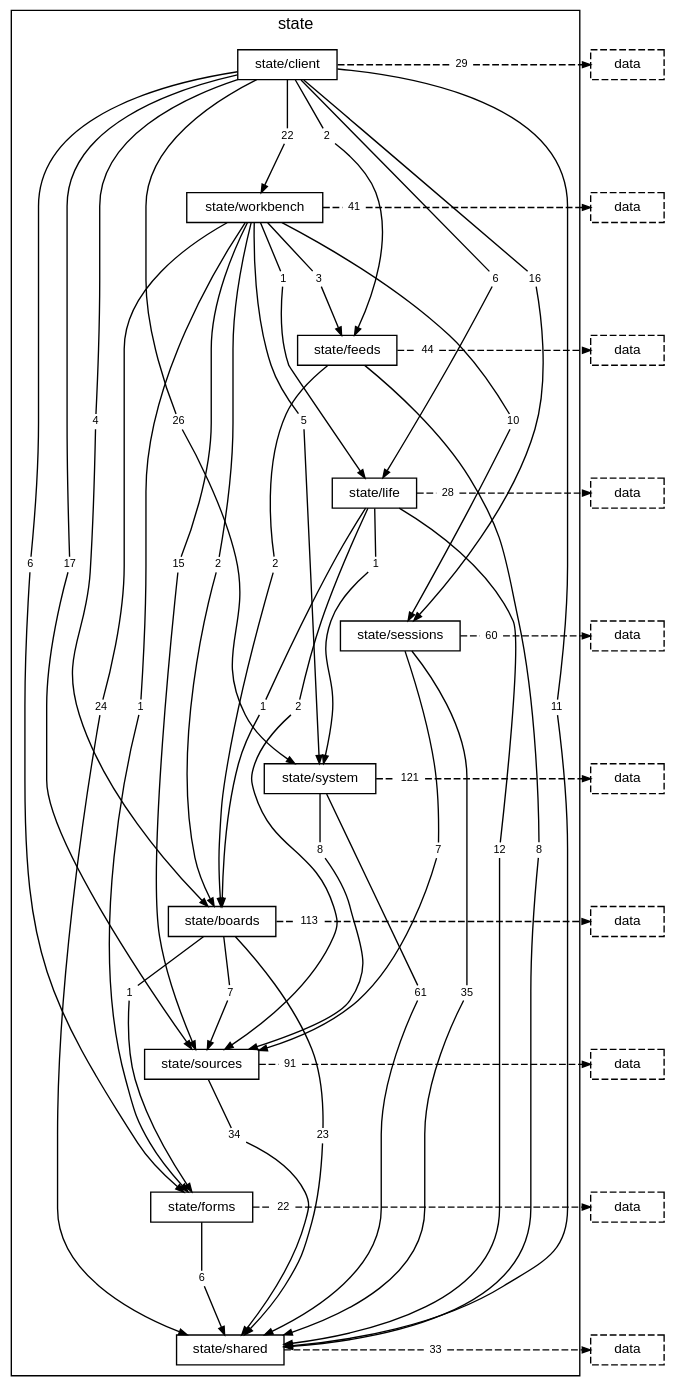
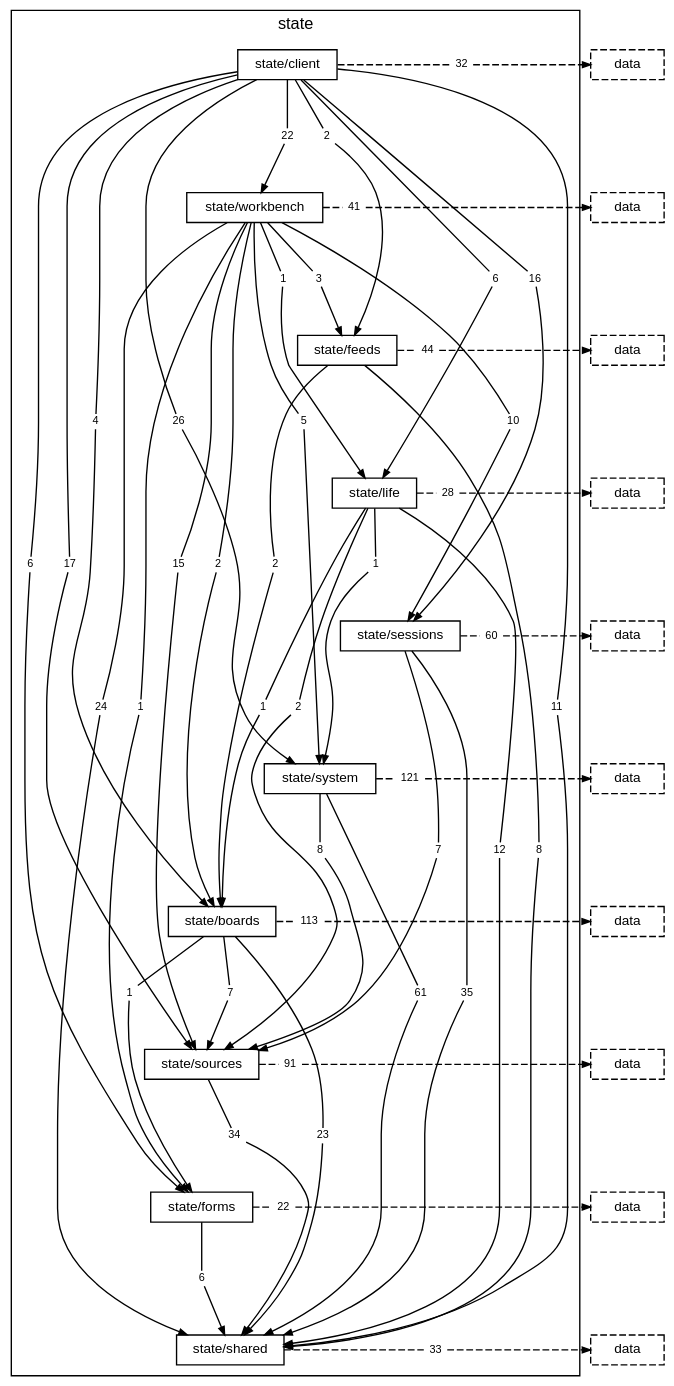
Before and after one commit to TheAxeC/oculus: the diagram in docs/diagrams/layer-state.dot, drawn with Graphviz. The commit also changed 72 other files, not shown here.

```diff
--- a/docs/diagrams/layer-state.dot
+++ b/docs/diagrams/layer-state.dot
@@ -23,7 +23,7 @@
         "folder state/client to folder state/sources" [label="17", shape=box, color="transparent", fontsize=8, width=0, height=0, margin="0.04,0.02"];
         "folder state/client to folder state/system" [label="26", shape=box, color="transparent", fontsize=8, width=0, height=0, margin="0.04,0.02"];
         "folder state/client to folder state/workbench" [label="22", shape=box, color="transparent", fontsize=8, width=0, height=0, margin="0.04,0.02"];
-        "folder state/client to layer data" [label="29", shape=box, color="transparent", fontsize=8, width=0, height=0, margin="0.04,0.02"];
+        "folder state/client to layer data" [label="32", shape=box, color="transparent", fontsize=8, width=0, height=0, margin="0.04,0.02"];
         "folder state/workbench to folder state/boards" [label="2", shape=box, color="transparent", fontsize=8, width=0, height=0, margin="0.04,0.02"];
         "folder state/workbench to folder state/feeds" [label="3", shape=box, color="transparent", fontsize=8, width=0, height=0, margin="0.04,0.02"];
         "folder state/workbench to folder state/forms" [label="1", shape=box, color="transparent", fontsize=8, width=0, height=0, margin="0.04,0.02"];
```
